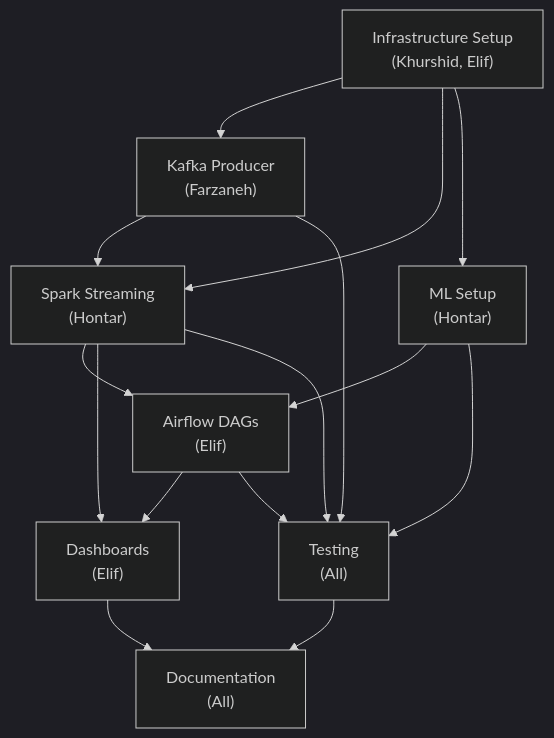
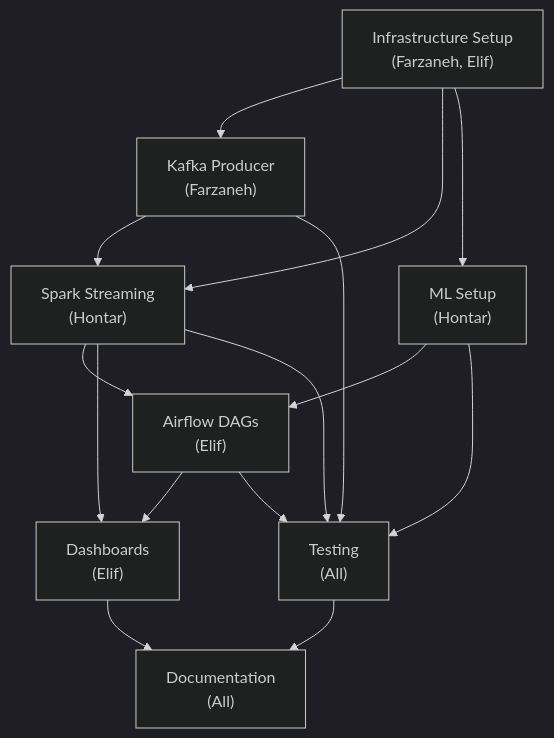
The diagram in TEAM_TASK_BREAKDOWN.md (daleogont/Fraud-detection), drawn with Mermaid (dark theme) before and after one commit. The commit also changed other lines of this file, not shown here.

````diff
--- a/TEAM_TASK_BREAKDOWN.md
+++ b/TEAM_TASK_BREAKDOWN.md
@@ -939,17 +895,17 @@
 ```mermaid
 graph TD
-    A["Infrastructure Setup<br/>(Khurshid, Elif)"] --> B["Kafka Producer<br/>(Farzaneh)"]
+    A["Infrastructure Setup<br/>(Farzaneh, Elif)"] --> B["Kafka Producer<br/>(Farzaneh)"]
     A --> C["Spark Streaming<br/>(Hontar)"]
     B --> C
     A --> D["ML Setup<br/>(Hontar)"]
     C --> E["Airflow DAGs<br/>(Elif)"]
     D --> E
     E --> F["Dashboards<br/>(Elif)"]
     C --> F
     B --> G["Testing<br/>(All)"]
     C --> G
     D --> G
     E --> G
     F --> H["Documentation<br/>(All)"]
     G --> H
 ```
````
